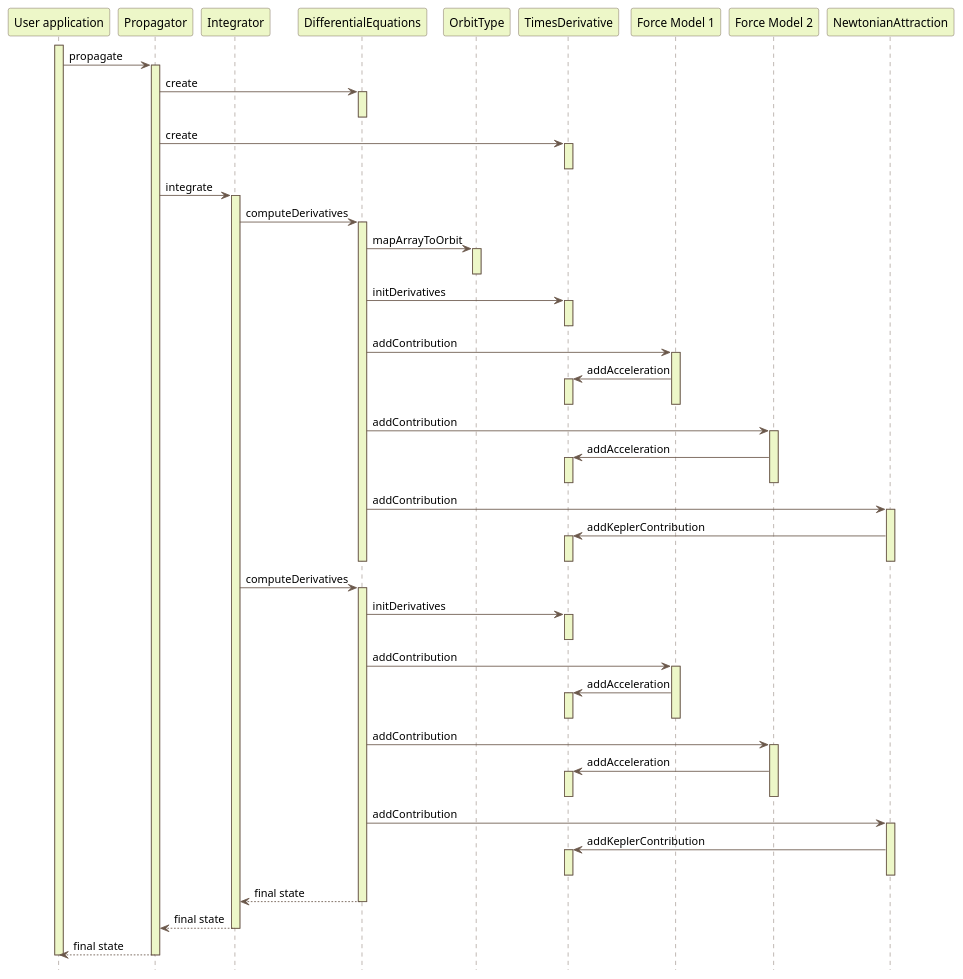
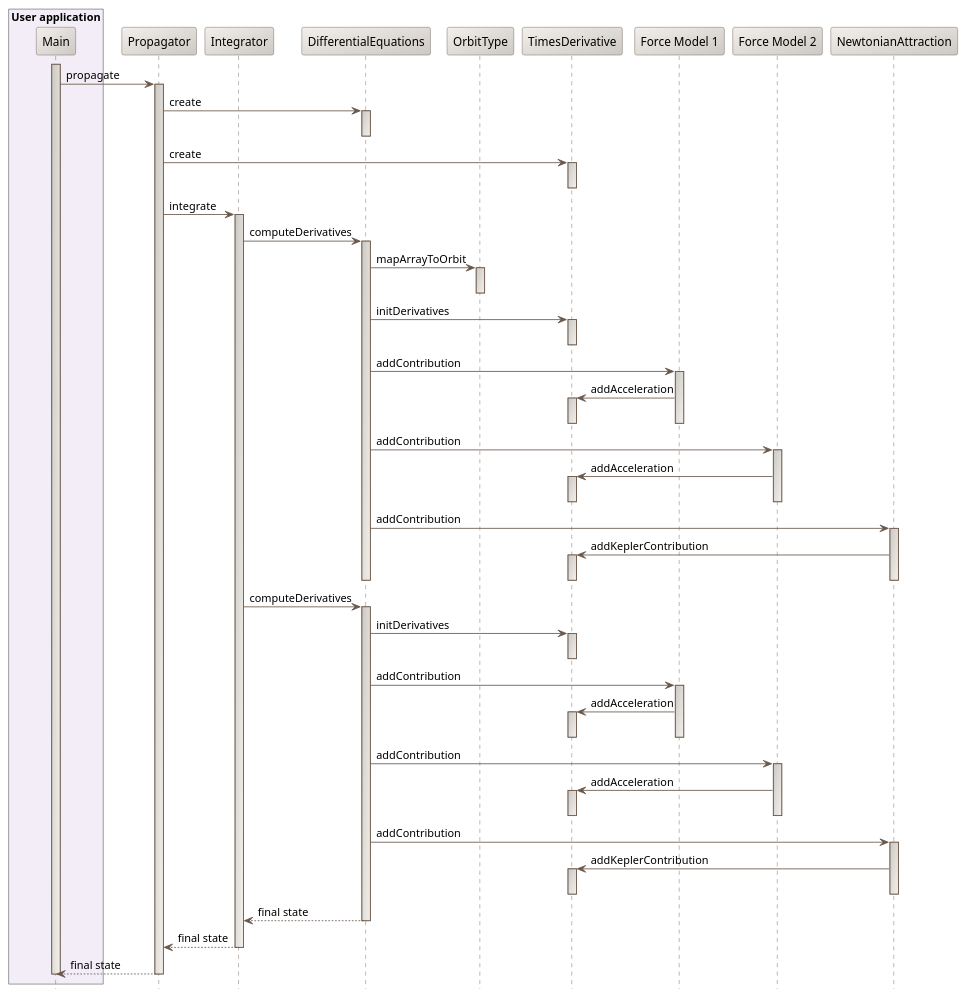
One commit to CS-SI/Orekit changed the diagram in src/design/numerical-propagation-sequence-diagram.puml. Above: the diagram before and after it, drawn with PlantUML. The commit also changed 17 other files, not shown here.

First line of the commit message:
Use PlantUML features from version 7930.

```diff
--- a/src/design/numerical-propagation-sequence-diagram.puml
+++ b/src/design/numerical-propagation-sequence-diagram.puml
@@ -17,97 +17,99 @@
 @startuml
 
   skinparam svek                                true
   skinparam NoteBackgroundColor                 #F3EFEB
   skinparam NoteBorderColor                     #691616
   skinparam NoteFontColor                       #691616
   skinparam SequenceActorBorderColor            #6A584B
-  skinparam SequenceParticipantBackgroundColor  #EDF7C8
+  skinparam SequenceParticipantBackgroundColor  #F3EFEB/CCC9C5
   skinparam SequenceParticipantBorderColor      #6A584B
-  skinparam SequenceLifeLineBackgroundColor     #EDF7C8
+  skinparam SequenceLifeLineBackgroundColor     #CCC9C5/F3EFEB
   skinparam SequenceLifeLineBorderColor         #6A584B
   skinparam SequenceArrowColor                  #6A584B
   skinparam SequenceBorderColor                 #6A584B
   skinparam SequenceFontSize                    11
 
   hide footbox
 
-  participant "User application" as U
+  box "User application" #F3EDF7
+    participant "Main" as M
+  end box
   participant Propagator
   participant Integrator
   participant DifferentialEquations
   participant OrbitType
   participant TimesDerivative
   participant "Force Model 1" as F1
   participant "Force Model 2" as F2
   participant NewtonianAttraction
 
-  activate U
-  U          -> Propagator : propagate
+  activate M
+  M          -> Propagator : propagate
     activate Propagator
     Propagator -> DifferentialEquations : create
       activate DifferentialEquations
       deactivate DifferentialEquations
     Propagator -> TimesDerivative : create
       activate TimesDerivative
       deactivate TimesDerivative
     Propagator -> Integrator : integrate
       activate Integrator
       Integrator -> DifferentialEquations : computeDerivatives
         activate DifferentialEquations
         DifferentialEquations -> OrbitType : mapArrayToOrbit
           activate OrbitType
           deactivate OrbitType
         DifferentialEquations -> TimesDerivative : initDerivatives
           activate TimesDerivative
           deactivate TimesDerivative
         DifferentialEquations -> F1 : addContribution
           activate F1
           F1 -> TimesDerivative : addAcceleration
             activate TimesDerivative
             deactivate TimesDerivative
           deactivate F1
         DifferentialEquations -> F2 : addContribution
           activate F2
           F2 -> TimesDerivative : addAcceleration
             activate TimesDerivative
             deactivate TimesDerivative
           deactivate F2
         DifferentialEquations -> NewtonianAttraction : addContribution
           activate NewtonianAttraction
           NewtonianAttraction -> TimesDerivative : addKeplerContribution
             activate TimesDerivative
             deactivate TimesDerivative
           deactivate NewtonianAttraction
         deactivate DifferentialEquations
       Integrator -> DifferentialEquations : computeDerivatives
         activate DifferentialEquations
         DifferentialEquations -> TimesDerivative : initDerivatives
           activate TimesDerivative
           deactivate TimesDerivative
         DifferentialEquations -> F1 : addContribution
           activate F1
           F1 -> TimesDerivative : addAcceleration
             activate TimesDerivative
             deactivate TimesDerivative
           deactivate F1
         DifferentialEquations -> F2 : addContribution
           activate F2
           F2 -> TimesDerivative : addAcceleration
             activate TimesDerivative
             deactivate TimesDerivative
           deactivate F2
         DifferentialEquations -> NewtonianAttraction : addContribution
           activate NewtonianAttraction
           NewtonianAttraction -> TimesDerivative : addKeplerContribution
             activate TimesDerivative
             deactivate TimesDerivative
           deactivate NewtonianAttraction
         DifferentialEquations --> Integrator : final state
         deactivate DifferentialEquations
       Integrator --> Propagator : final state
       deactivate Integrator
-    Propagator --> U : final state
+    Propagator --> M : final state
     deactivate Propagator
-  deactivate U
+  deactivate M
 
 @enduml
```
